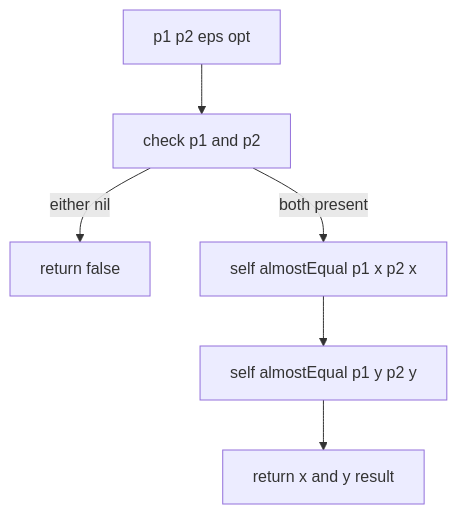
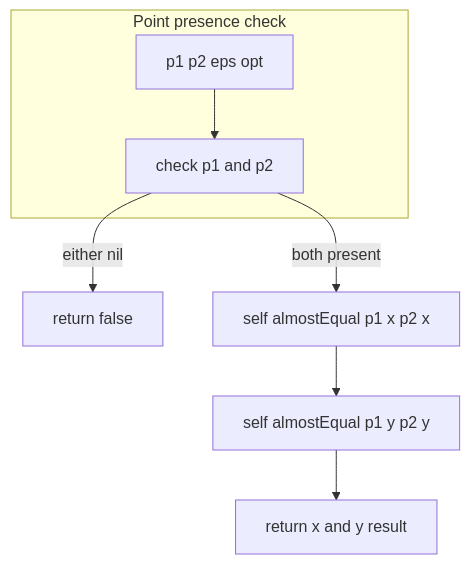
The second of 4 diagrams in docs/math/equality_and_centroid.md (Gh0st352/AETHR), drawn with Mermaid before and after one commit. The commit also changed other lines of this file and 5 other files, not shown here.

First line of the commit message:
docs: normalize headings and enhance Mermaid diagrams in math README

````diff
--- a/docs/math/equality_and_centroid.md
+++ b/docs/math/equality_and_centroid.md
@@ -28,8 +37,17 @@
 ```mermaid
+%% shared theme: docs/_mermaid/theme.json %%
 flowchart TD
-  IN[p1 p2 eps opt] --> NIL[check p1 and p2]
+  subgraph "Point presence check"
+    IN[p1 p2 eps opt]
+    NIL[check p1 and p2]
+  end
+  IN --> NIL
   NIL -->|either nil| FALSE[return false]
   NIL -->|both present| X[self almostEqual p1 x p2 x]
   X --> Y[self almostEqual p1 y p2 y]
   Y --> OUT[return x and y result]
+  class IN class_io;
+  class NIL class_decision;
+  class X,Y class_compute;
+  class FALSE,OUT class_result;
 ```
````
